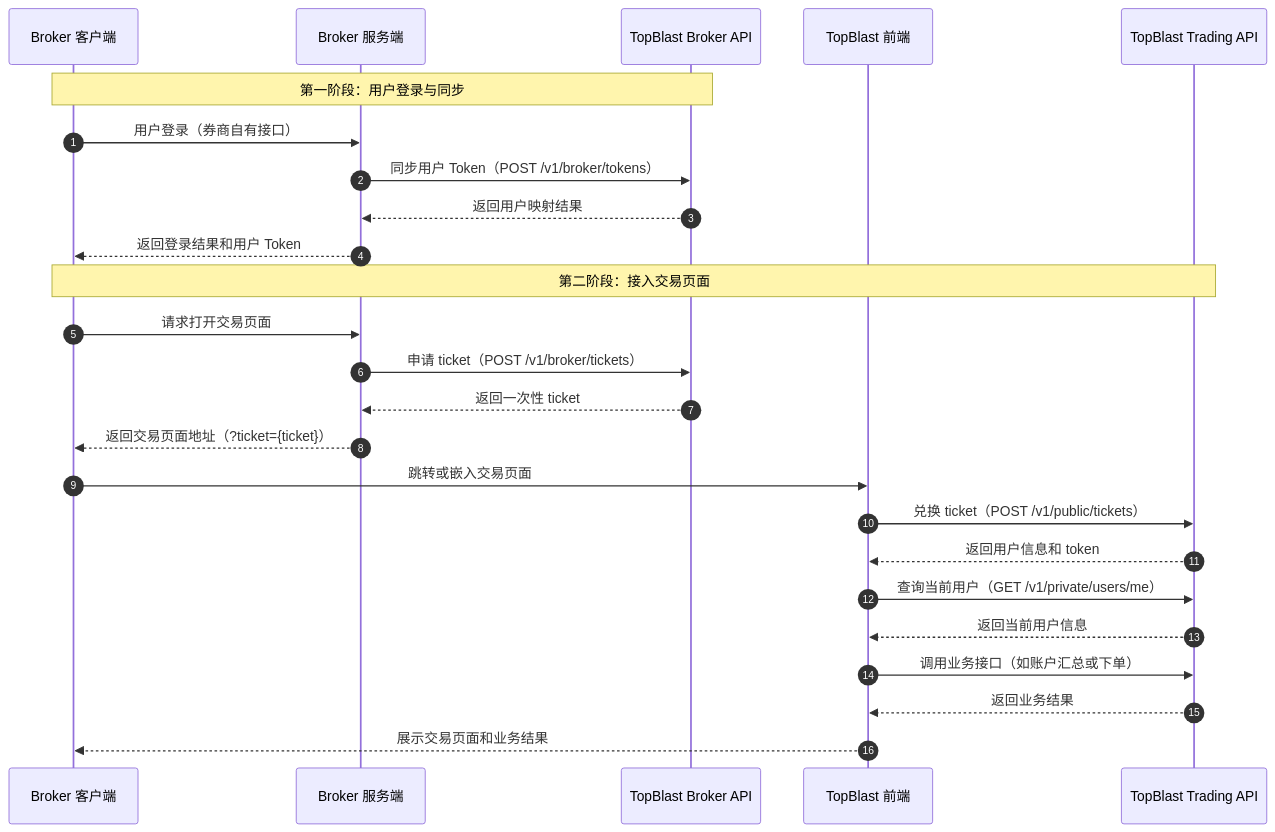
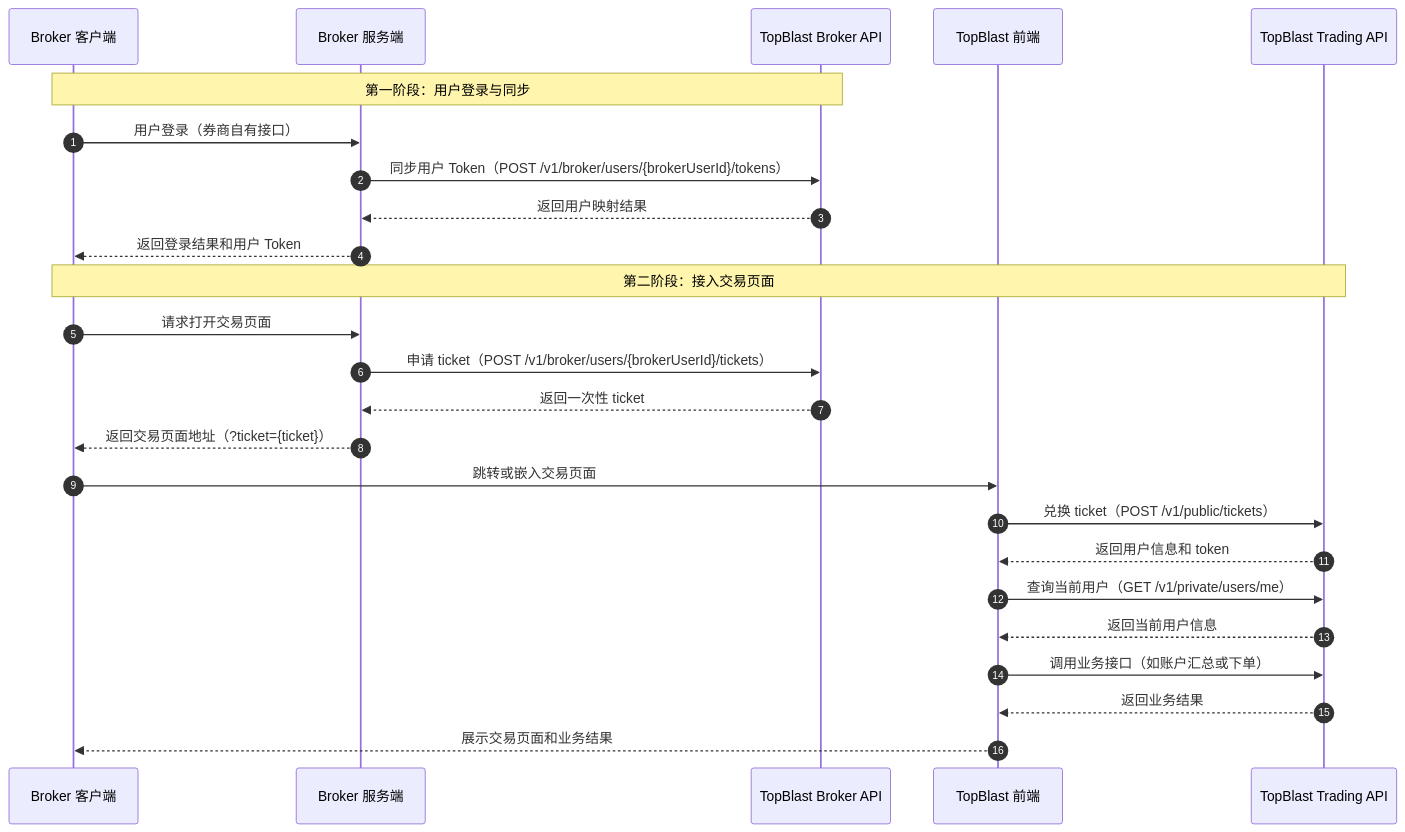
One commit to topblast-trade/docs changed the second of 2 diagrams in cn/broker/guide/integration-flow.mdx. Above: the diagram before and after it, drawn with Mermaid. The commit also changed other lines of this file and 21 other files, not shown here.

Commit message:
docs: align broker user endpoints

````diff
--- a/cn/broker/guide/integration-flow.mdx
+++ b/cn/broker/guide/integration-flow.mdx
@@ -55,29 +55,29 @@
 ```mermaid
 sequenceDiagram
     autonumber
 
     participant BrokerClient as Broker 客户端
     participant BrokerServer as Broker 服务端
     participant BrokerAPI as TopBlast Broker API
     participant TopBlastWeb as TopBlast 前端
     participant TradingAPI as TopBlast Trading API
 
     Note over BrokerClient,BrokerAPI: 第一阶段：用户登录与同步
     BrokerClient->>BrokerServer: 用户登录（券商自有接口）
-    BrokerServer->>BrokerAPI: 同步用户 Token（POST /v1/broker/tokens）
+    BrokerServer->>BrokerAPI: 同步用户 Token（POST /v1/broker/users/{brokerUserId}/tokens）
     BrokerAPI-->>BrokerServer: 返回用户映射结果
     BrokerServer-->>BrokerClient: 返回登录结果和用户 Token
     Note over BrokerClient,TradingAPI: 第二阶段：接入交易页面
     BrokerClient->>BrokerServer: 请求打开交易页面
-    BrokerServer->>BrokerAPI: 申请 ticket（POST /v1/broker/tickets）
+    BrokerServer->>BrokerAPI: 申请 ticket（POST /v1/broker/users/{brokerUserId}/tickets）
     BrokerAPI-->>BrokerServer: 返回一次性 ticket
     BrokerServer-->>BrokerClient: 返回交易页面地址（?ticket={ticket}）
     BrokerClient->>TopBlastWeb: 跳转或嵌入交易页面
     TopBlastWeb->>TradingAPI: 兑换 ticket（POST /v1/public/tickets）
     TradingAPI-->>TopBlastWeb: 返回用户信息和 token
     TopBlastWeb->>TradingAPI: 查询当前用户（GET /v1/private/users/me）
     TradingAPI-->>TopBlastWeb: 返回当前用户信息
     TopBlastWeb->>TradingAPI: 调用业务接口（如账户汇总或下单）
     TradingAPI-->>TopBlastWeb: 返回业务结果
     TopBlastWeb-->>BrokerClient: 展示交易页面和业务结果
 ```
````
